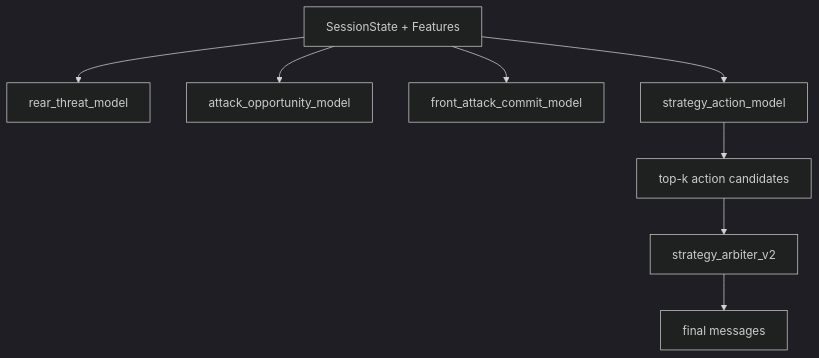
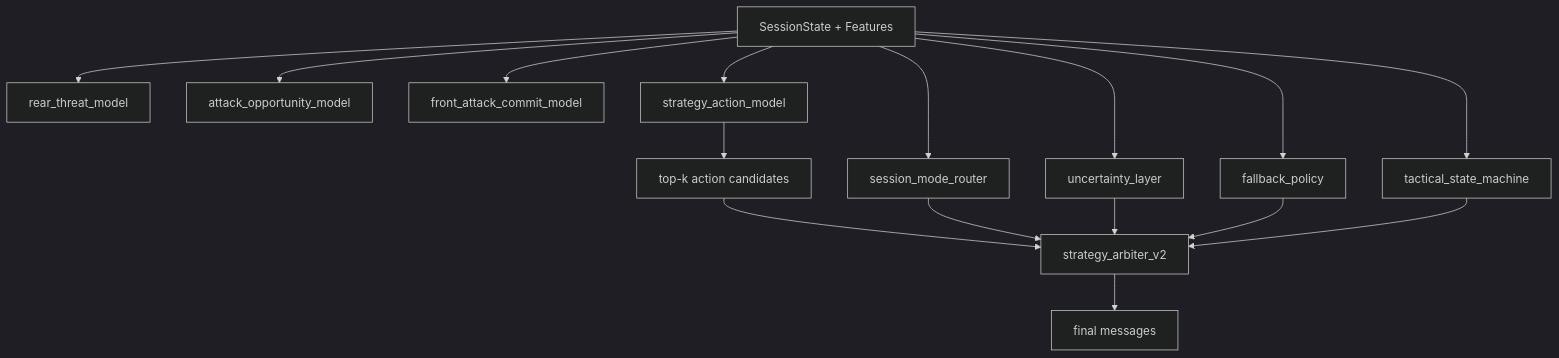
Before and after one commit to Sn55555/Asurada: the third of 7 diagrams in asurada-core/CORE_WORKFLOW_CN.md, drawn with Mermaid (dark theme). The commit also changed other lines of this file and 8 other files, not shown here.

````diff
--- a/asurada-core/CORE_WORKFLOW_CN.md
+++ b/asurada-core/CORE_WORKFLOW_CN.md
@@ -158,10 +167,18 @@
 ```mermaid
 flowchart TB
     A["SessionState + Features"] --> B["rear_threat_model"]
     A --> C["attack_opportunity_model"]
     A --> D["front_attack_commit_model"]
     A --> E["strategy_action_model"]
     E --> F["top-k action candidates"]
-    F --> G["strategy_arbiter_v2"]
-    G --> H["final messages"]
+    A --> G["session_mode_router"]
+    A --> H["uncertainty_layer"]
+    A --> I["fallback_policy"]
+    A --> J["tactical_state_machine"]
+    F --> K["strategy_arbiter_v2"]
+    G --> K
+    H --> K
+    I --> K
+    J --> K
+    K --> L["final messages"]
 ```
````
